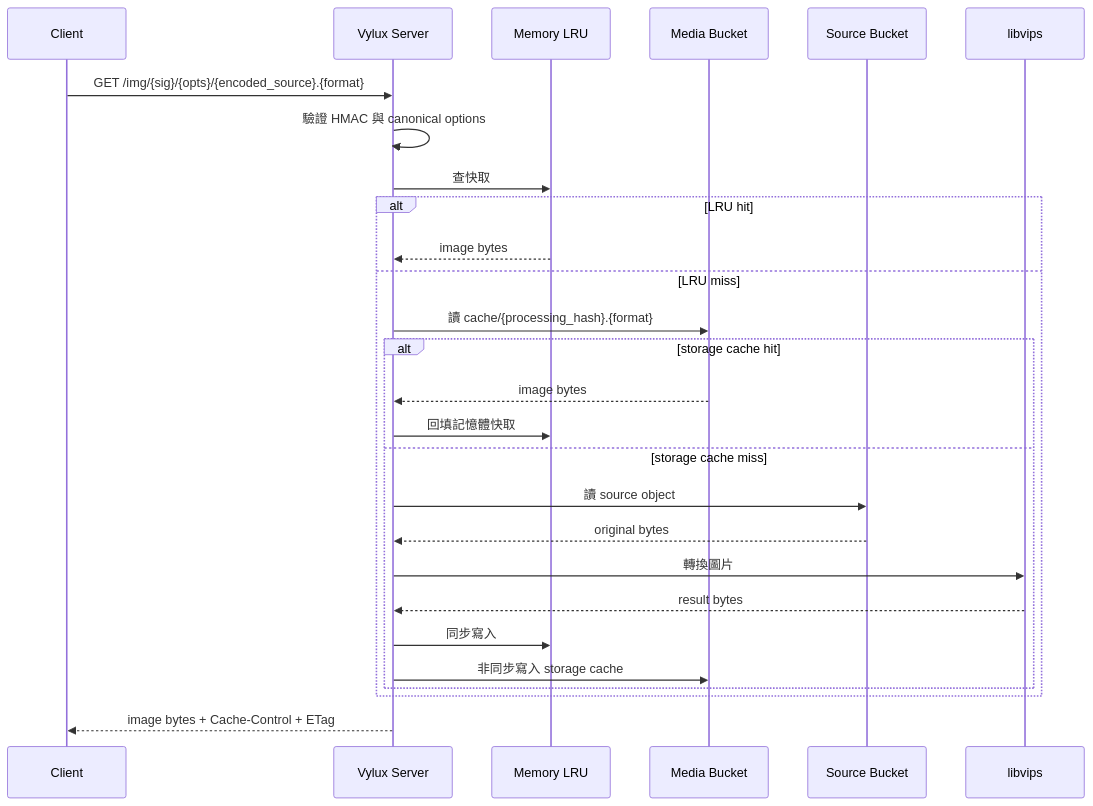
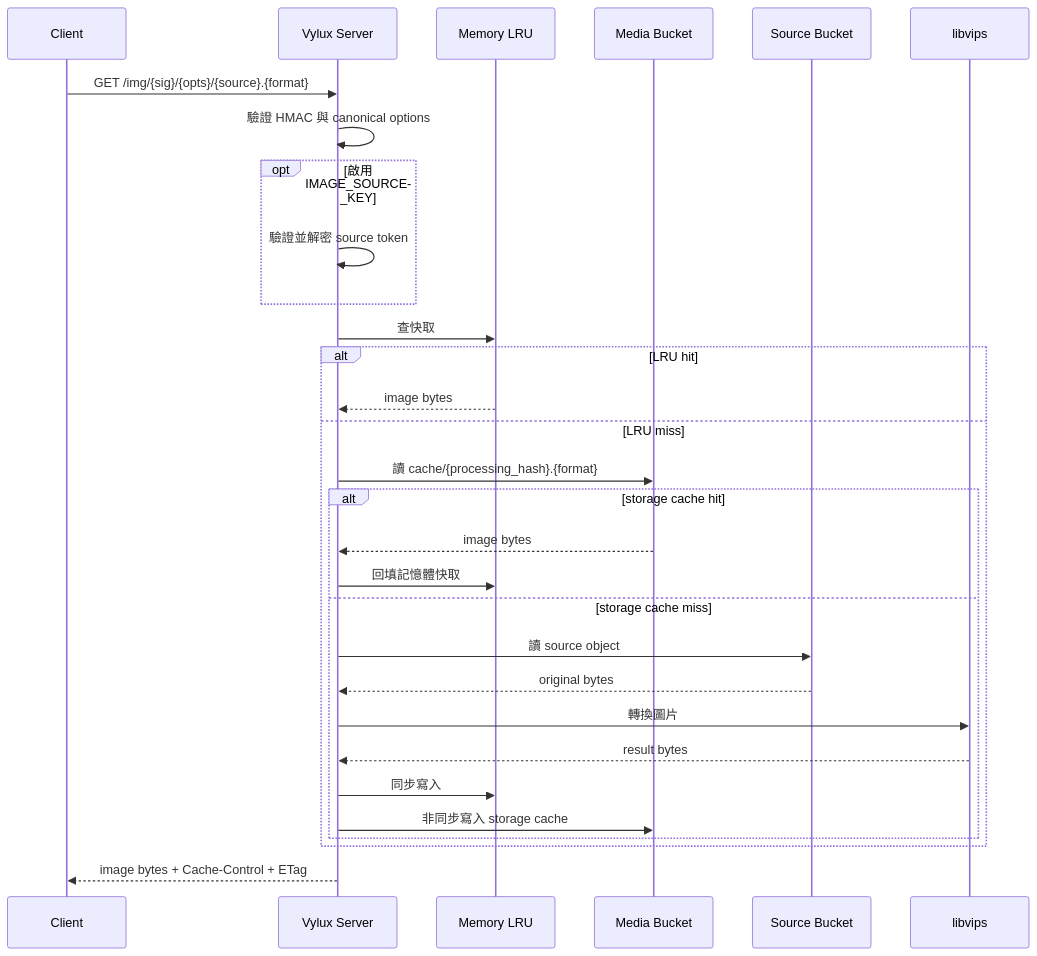
Before and after one commit to carry0987/Vylux: the first of 3 diagrams in i18n/zh-TW/docusaurus-plugin-content-docs/current/architecture/request-lifecycle.md, drawn with Mermaid. The commit also changed other lines of this file and 27 other files, not shown here.

First line of the commit message:
feat(manual): support encrypted image source URLs

````diff
--- a/i18n/zh-TW/docusaurus-plugin-content-docs/current/architecture/request-lifecycle.md
+++ b/i18n/zh-TW/docusaurus-plugin-content-docs/current/architecture/request-lifecycle.md
@@ -34,30 +34,33 @@
 ```mermaid
 sequenceDiagram
 	participant Client
 	participant Server as Vylux Server
 	participant LRU as Memory LRU
 	participant Media as Media Bucket
 	participant Source as Source Bucket
 	participant Vips as libvips
 
-	Client->>Server: GET /img/{sig}/{opts}/{encoded_source}.{format}
+	Client->>Server: GET /img/{sig}/{opts}/{source}.{format}
 	Server->>Server: 驗證 HMAC 與 canonical options
+	opt 啟用 IMAGE_SOURCE_KEY
+		Server->>Server: 驗證並解密 source token
+	end
 	Server->>LRU: 查快取
 	alt LRU hit
 		LRU-->>Server: image bytes
 	else LRU miss
 		Server->>Media: 讀 cache/{processing_hash}.{format}
 		alt storage cache hit
 			Media-->>Server: image bytes
 			Server->>LRU: 回填記憶體快取
 		else storage cache miss
 			Server->>Source: 讀 source object
 			Source-->>Server: original bytes
 			Server->>Vips: 轉換圖片
 			Vips-->>Server: result bytes
 			Server->>LRU: 同步寫入
 			Server->>Media: 非同步寫入 storage cache
 		end
 	end
 	Server-->>Client: image bytes + Cache-Control + ETag
 ```
````
